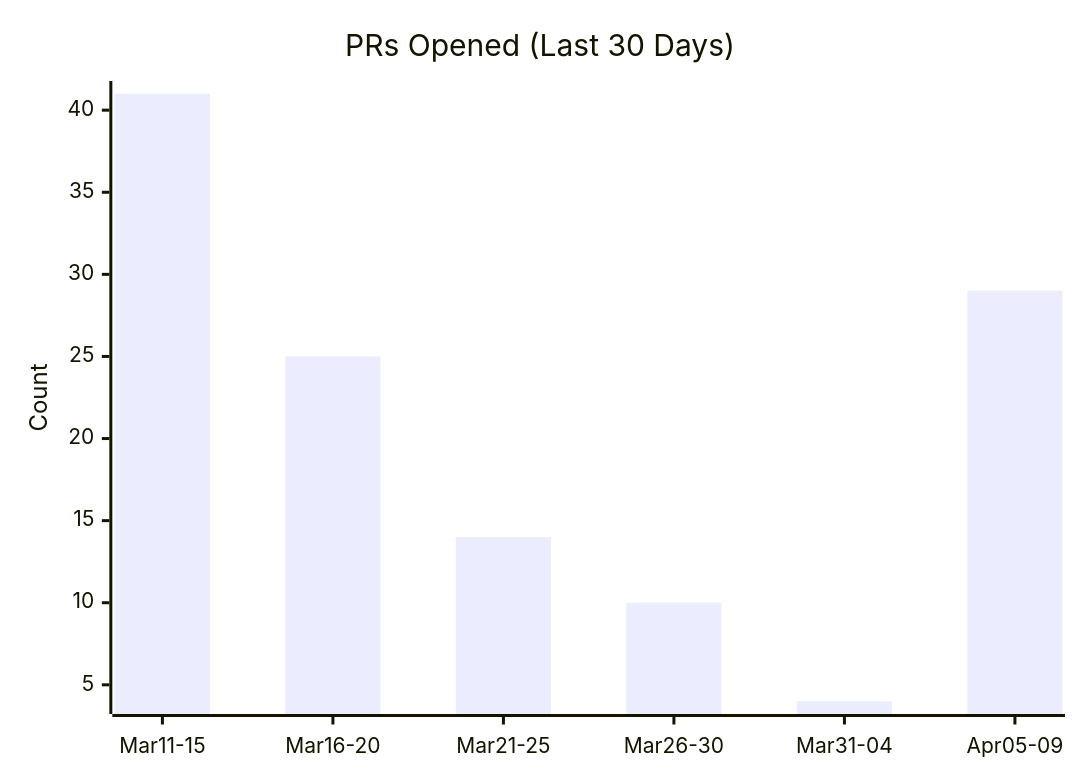
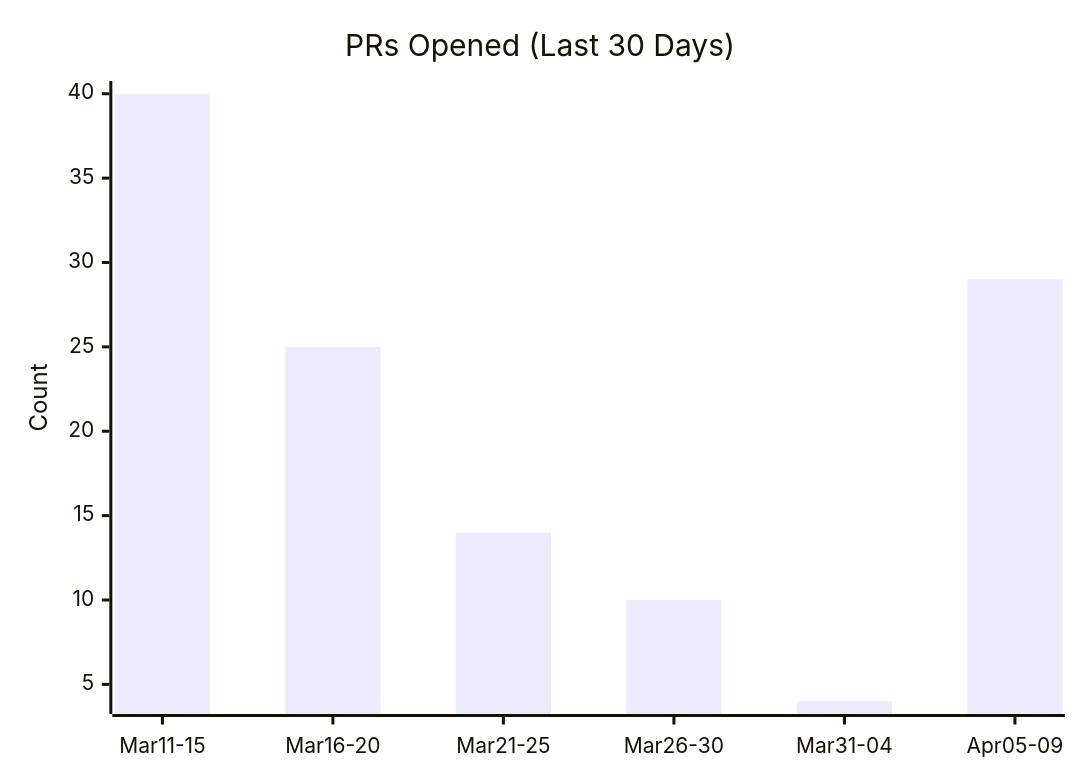
One commit to cocosheng-g/gemini-cli changed the first of 9 diagrams in triage/CONTRIBUTION_METRICS.md. Above: the diagram before and after it, drawn with Mermaid. The commit also changed other lines of this file, not shown here.

````diff
--- a/triage/CONTRIBUTION_METRICS.md
+++ b/triage/CONTRIBUTION_METRICS.md
@@ -11,7 +11,7 @@
 ```mermaid
 xychart-beta
     title "PRs Opened (Last 30 Days)"
     x-axis ["Mar11-15", "Mar16-20", "Mar21-25", "Mar26-30", "Mar31-04", "Apr05-09"]
     y-axis "Count"
-    bar [41, 25, 14, 10, 4, 29]
+    bar [40, 25, 14, 10, 4, 29]
 ```
````
